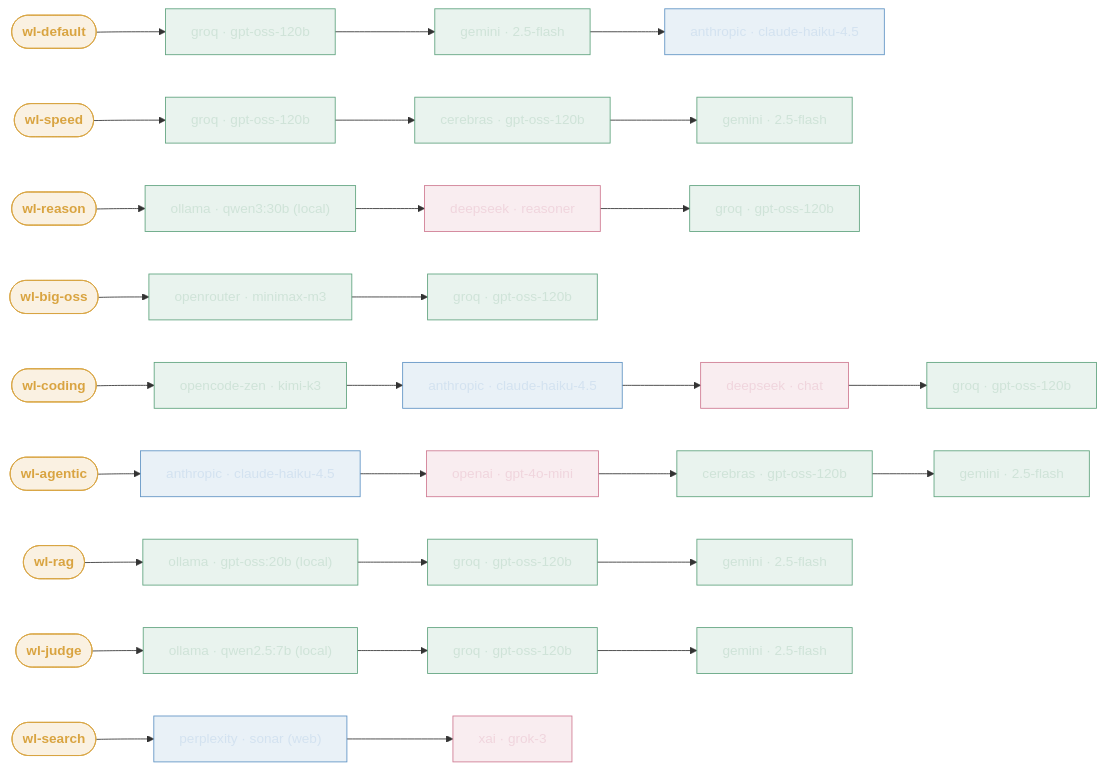
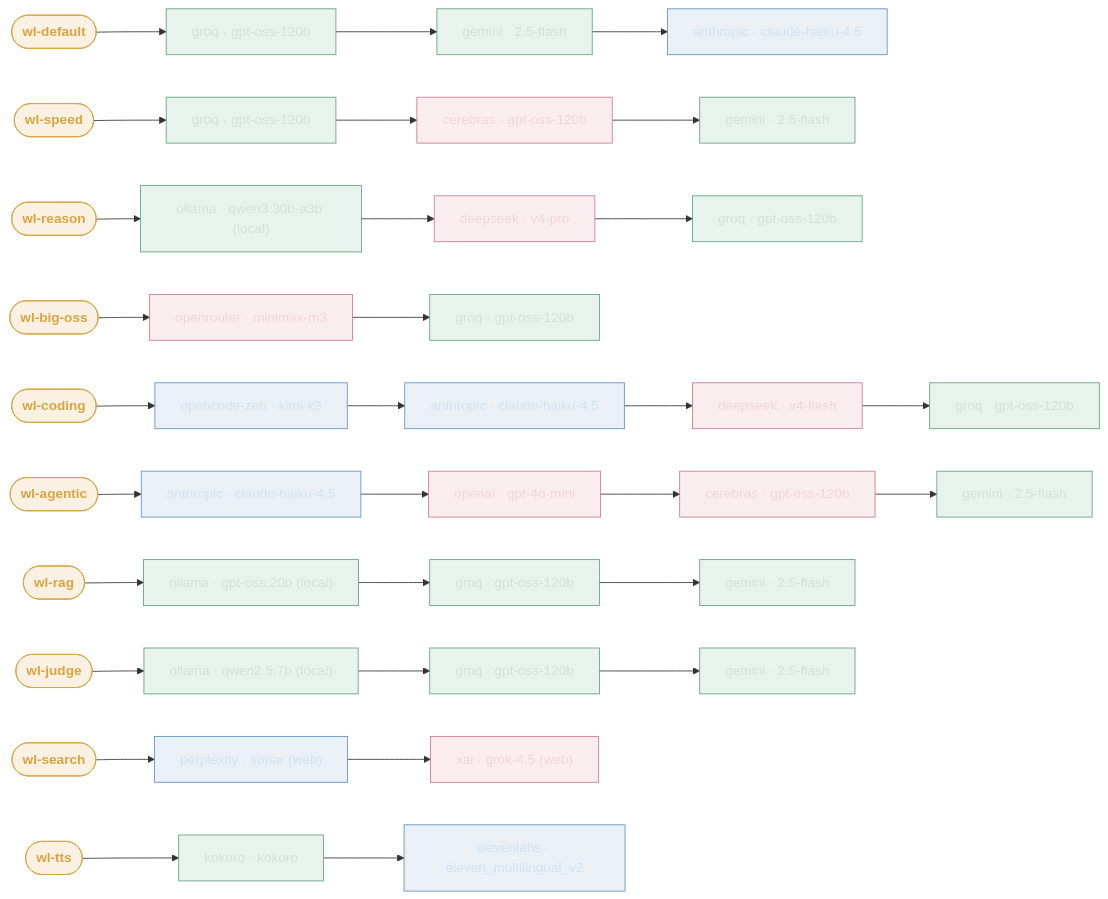
Before and after one commit to edtbl76/weyland-lab: the diagram in docs/llm-routing.md, drawn with Mermaid. The commit also changed other lines of this file and 7 other files, not shown here.

````diff
--- a/docs/llm-routing.md
+++ b/docs/llm-routing.md
@@ -14,22 +19,25 @@
 ```mermaid
 flowchart LR
   classDef alias fill:#d9a44126,stroke:#d9a441,color:#d9a441,font-weight:bold;
   classDef free fill:#5fa37e22,stroke:#5fa37e,color:#cfe3d8;
   classDef funded fill:#5f93c422,stroke:#5f93c4,color:#d3e2f0;
   classDef metered fill:#cf7a9222,stroke:#cf7a92,color:#f0d5dd;
 
   %% Chat & reasoning
   wldef(["wl-default"]):::alias --> wldef1["groq · gpt-oss-120b"]:::free --> wldef2["gemini · 2.5-flash"]:::free --> wldef3["anthropic · claude-haiku-4.5"]:::funded
-  wspd(["wl-speed"]):::alias --> wspd1["groq · gpt-oss-120b"]:::free --> wspd2["cerebras · gpt-oss-120b"]:::free --> wspd3["gemini · 2.5-flash"]:::free
-  wrsn(["wl-reason"]):::alias --> wrsn1["ollama · qwen3:30b (local)"]:::free --> wrsn2["deepseek · reasoner"]:::metered --> wrsn3["groq · gpt-oss-120b"]:::free
-  wbig(["wl-big-oss"]):::alias --> wbig1["openrouter · minimax-m3"]:::free --> wbig2["groq · gpt-oss-120b"]:::free
+  wspd(["wl-speed"]):::alias --> wspd1["groq · gpt-oss-120b"]:::free --> wspd2["cerebras · gpt-oss-120b"]:::metered --> wspd3["gemini · 2.5-flash"]:::free
+  wrsn(["wl-reason"]):::alias --> wrsn1["ollama · qwen3:30b-a3b (local)"]:::free --> wrsn2["deepseek · v4-pro"]:::metered --> wrsn3["groq · gpt-oss-120b"]:::free
+  wbig(["wl-big-oss"]):::alias --> wbig1["openrouter · minimax-m3"]:::metered --> wbig2["groq · gpt-oss-120b"]:::free
 
   %% Code & agents
-  wcod(["wl-coding"]):::alias --> wcod1["opencode-zen · kimi-k3"]:::free --> wcod2["anthropic · claude-haiku-4.5"]:::funded --> wcod3["deepseek · chat"]:::metered --> wcod4["groq · gpt-oss-120b"]:::free
-  wagt(["wl-agentic"]):::alias --> wagt1["anthropic · claude-haiku-4.5"]:::funded --> wagt2["openai · gpt-4o-mini"]:::metered --> wagt3["cerebras · gpt-oss-120b"]:::free --> wagt4["gemini · 2.5-flash"]:::free
+  wcod(["wl-coding"]):::alias --> wcod1["opencode-zen · kimi-k3"]:::funded --> wcod2["anthropic · claude-haiku-4.5"]:::funded --> wcod3["deepseek · v4-flash"]:::metered --> wcod4["groq · gpt-oss-120b"]:::free
+  wagt(["wl-agentic"]):::alias --> wagt1["anthropic · claude-haiku-4.5"]:::funded --> wagt2["openai · gpt-4o-mini"]:::metered --> wagt3["cerebras · gpt-oss-120b"]:::metered --> wagt4["gemini · 2.5-flash"]:::free
 
   %% Retrieval, eval, search
   wrag(["wl-rag"]):::alias --> wrag1["ollama · gpt-oss:20b (local)"]:::free --> wrag2["groq · gpt-oss-120b"]:::free --> wrag3["gemini · 2.5-flash"]:::free
   wjdg(["wl-judge"]):::alias --> wjdg1["ollama · qwen2.5:7b (local)"]:::free --> wjdg2["groq · gpt-oss-120b"]:::free --> wjdg3["gemini · 2.5-flash"]:::free
-  wsch(["wl-search"]):::alias --> wsch1["perplexity · sonar (web)"]:::funded --> wsch2["xai · grok-3"]:::metered
+  wsch(["wl-search"]):::alias --> wsch1["perplexity · sonar (web)"]:::funded --> wsch2["xai · grok-4.5 (web)"]:::metered
+
+  %% Media — text-to-speech (audio_speech endpoint, not chat)
+  wtts(["wl-tts"]):::alias --> wtts1["kokoro · kokoro"]:::free --> wtts2["elevenlabs · eleven_multilingual_v2"]:::funded
 ```
````
